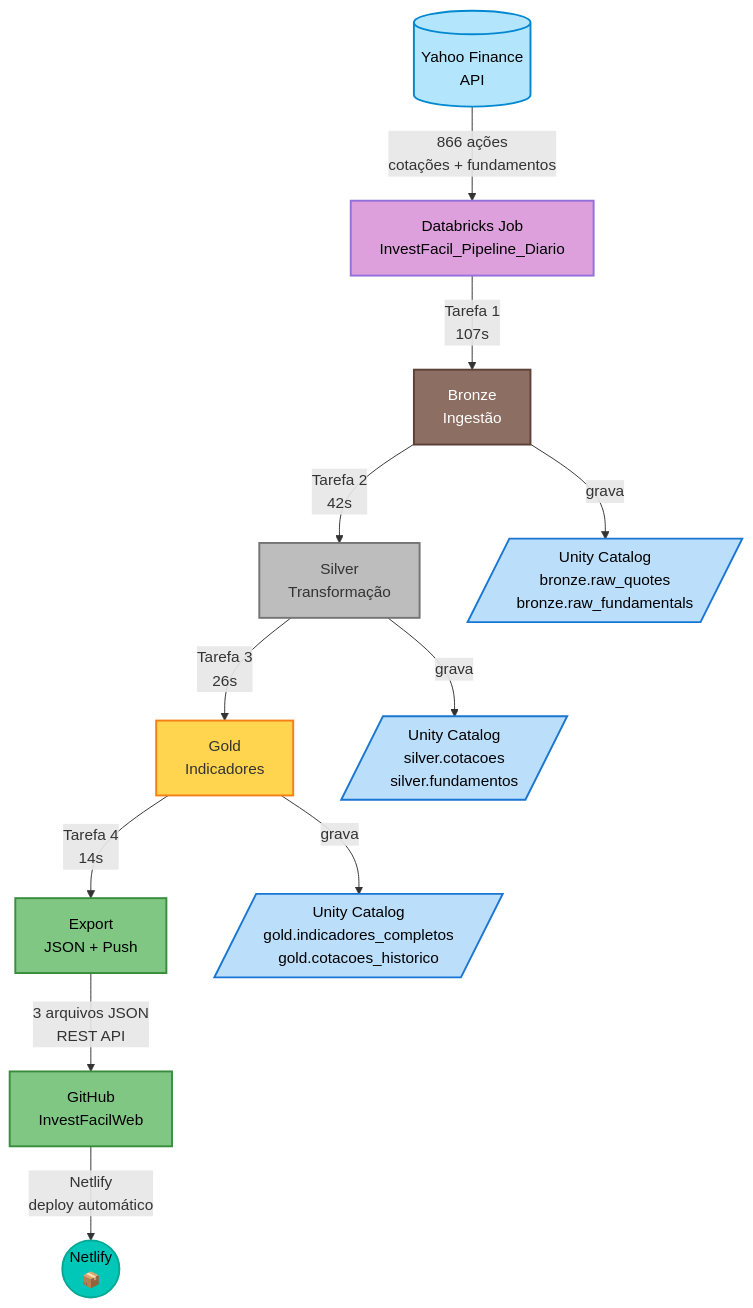
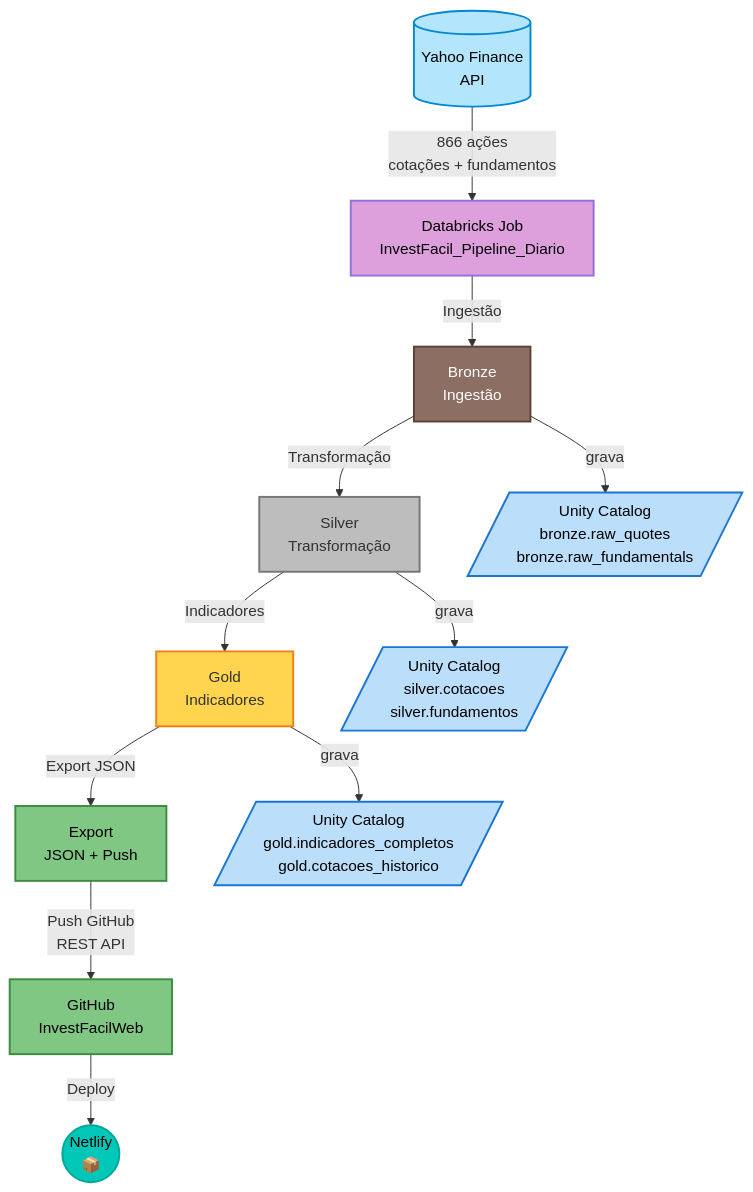
One commit to flrmedeiros78/Databricks changed the diagram in InvestFacil/README.md. Above: the diagram before and after it, drawn with Mermaid.

Commit message:
refactor(InvestFacil): Remove tempos das tarefas no diagrama
- Remove tempos (107s, 42s, 26s, 14s) das labels
- Mantém apenas descrição das tarefas
- Labels simplificadas: Ingestão, Transformação, Indicadores, Export JSON, Push GitHub, Deploy

````diff
--- a/InvestFacil/README.md
+++ b/InvestFacil/README.md
@@ -9,39 +9,39 @@
 ```mermaid
 flowchart TD
     API[("Yahoo Finance<br/>API")]
     JOB["Databricks Job<br/>InvestFacil_Pipeline_Diario"]
     
     BRONZE["Bronze<br/>Ingestão"]
     SILVER["Silver<br/>Transformação"]
     GOLD["Gold<br/>Indicadores"]
     EXPORT["Export<br/>JSON + Push"]
     GITHUB["GitHub<br/>InvestFacilWeb"]
     WEB(("Netlify<br/>📦"))
     
     UC_BRONZE[/"Unity Catalog<br/>bronze.raw_quotes<br/>bronze.raw_fundamentals"/]
     UC_SILVER[/"Unity Catalog<br/>silver.cotacoes<br/>silver.fundamentos"/]
     UC_GOLD[/"Unity Catalog<br/>gold.indicadores_completos<br/>gold.cotacoes_historico"/]
     
     API -->|"866 ações<br/>cotações + fundamentos"| JOB
-    JOB -->|"Tarefa 1<br/>107s"| BRONZE
+    JOB -->|"Ingestão"| BRONZE
     BRONZE -->|"grava"| UC_BRONZE
-    BRONZE -->|"Tarefa 2<br/>42s"| SILVER
+    BRONZE -->|"Transformação"| SILVER
     SILVER -->|"grava"| UC_SILVER
-    SILVER -->|"Tarefa 3<br/>26s"| GOLD
+    SILVER -->|"Indicadores"| GOLD
     GOLD -->|"grava"| UC_GOLD
-    GOLD -->|"Tarefa 4<br/>14s"| EXPORT
-    EXPORT -->|"3 arquivos JSON<br/>REST API"| GITHUB
-    GITHUB -->|"Netlify<br/>deploy automático"| WEB
+    GOLD -->|"Export JSON"| EXPORT
+    EXPORT -->|"Push GitHub<br/>REST API"| GITHUB
+    GITHUB -->|"Deploy"| WEB
     
     style API fill:#b3e5fc,color:#000,stroke:#0288d1,stroke-width:2px
     style JOB fill:#DDA0DD,color:#000,stroke:#9370DB,stroke-width:2px
     style BRONZE fill:#8d6e63,color:#fff,stroke:#5d4037,stroke-width:2px
     style SILVER fill:#bdbdbd,color:#333,stroke:#757575,stroke-width:2px
     style GOLD fill:#ffd54f,color:#333,stroke:#f57f17,stroke-width:2px
     style EXPORT fill:#81c784,color:#000,stroke:#388e3c,stroke-width:2px
     style GITHUB fill:#81c784,color:#000,stroke:#388e3c,stroke-width:2px
     style WEB fill:#00C7B7,color:#000,stroke:#00A896,stroke-width:2px
     style UC_BRONZE fill:#bbdefb,color:#000,stroke:#1976d2,stroke-width:2px
     style UC_SILVER fill:#bbdefb,color:#000,stroke:#1976d2,stroke-width:2px
     style UC_GOLD fill:#bbdefb,color:#000,stroke:#1976d2,stroke-width:2px
 ```
````
